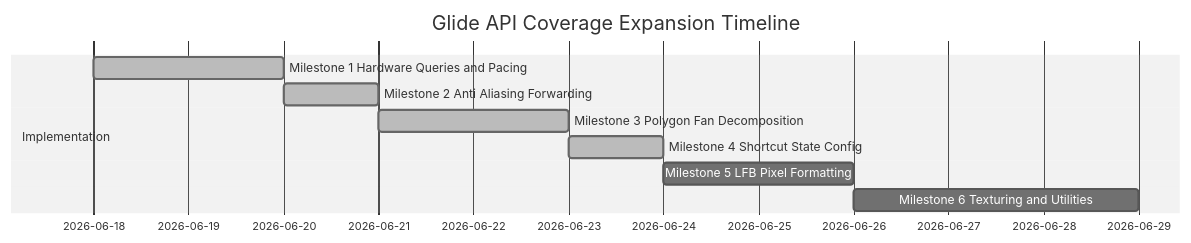
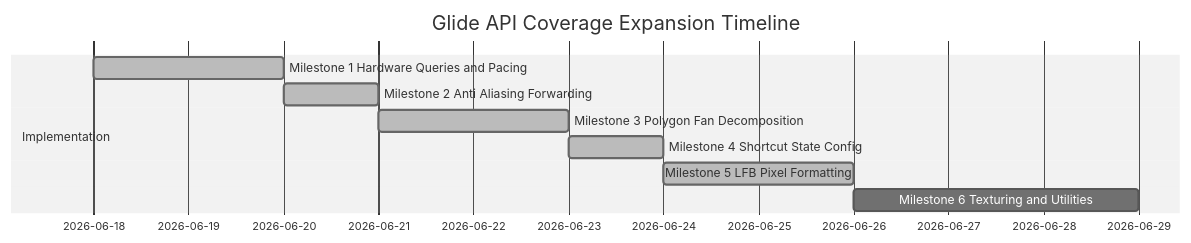
The diagram in docs/glide_coverage_roadmap.md (eugenenuke/glide-ng), drawn with Mermaid (neutral theme) before and after one commit. The commit also changed other lines of this file and 3 other files, not shown here.

````diff
--- a/docs/glide_coverage_roadmap.md
+++ b/docs/glide_coverage_roadmap.md
@@ -20,12 +20,12 @@
 ```mermaid
 gantt
     title Glide API Coverage Expansion Timeline
     dateFormat  YYYY-MM-DD
     section Implementation
     Milestone 1 Hardware Queries and Pacing     :done, m1, 2026-06-18, 2d
     Milestone 2 Anti Aliasing Forwarding        :done, m2, after m1, 1d
     Milestone 3 Polygon Fan Decomposition       :done, m3, after m2, 2d
     Milestone 4 Shortcut State Config           :done,   m4, after m3, 1d
-    Milestone 5 LFB Pixel Formatting            :        m5, after m4, 2d
+    Milestone 5 LFB Pixel Formatting            :done,   m5, after m4, 2d
     Milestone 6 Texturing and Utilities         :        m6, after m5, 3d
 ```
````
